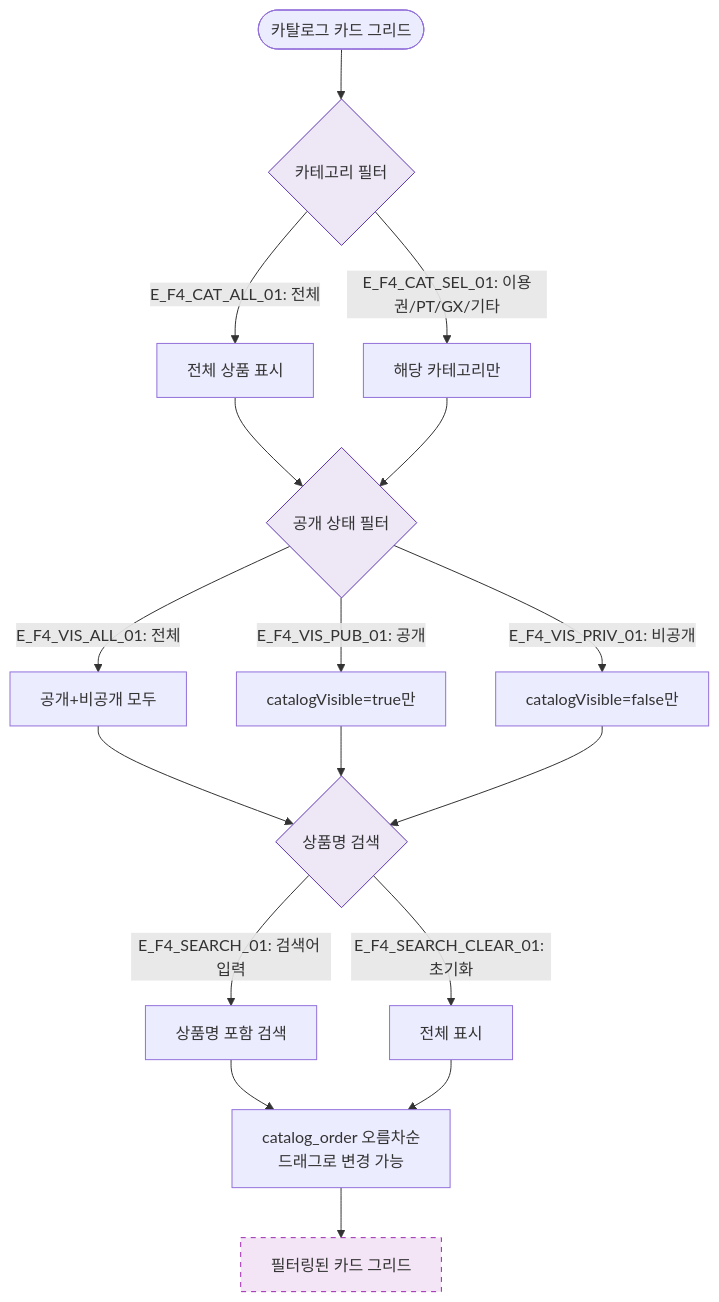
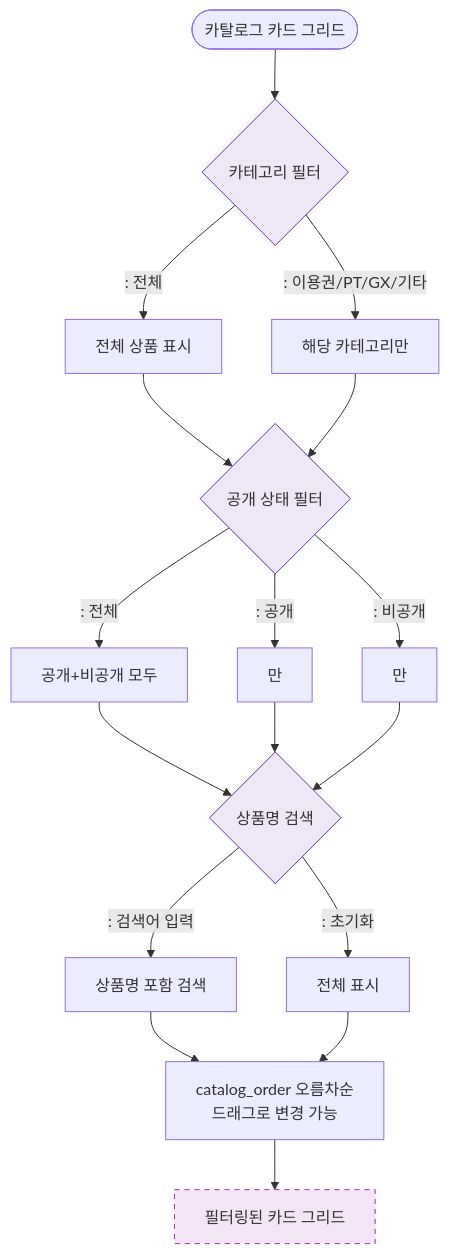
One commit to dev-spogym/admin-pando changed the diagram in docs/다이어그램/D05_상품관리/SCR-P005_상품카탈로그/F4_필터검색정렬.md. Above: the diagram before and after it, drawn with Mermaid. The commit also changed other lines of this file and 1660 other files, not shown here.

First line of the commit message:
다이어그램: 기획자/클라이언트 납품본으로 정리

````diff
--- a/docs/다이어그램/D05_상품관리/SCR-P005_상품카탈로그/F4_필터검색정렬.md
+++ b/docs/다이어그램/D05_상품관리/SCR-P005_상품카탈로그/F4_필터검색정렬.md
@@ -16,23 +14,23 @@
 ```mermaid
 flowchart TD
     START([카탈로그 카드 그리드]) --> CatFilter{카테고리 필터}
-    CatFilter -->|"E_F4_CAT_ALL_01: 전체"| C1[전체 상품 표시]
-    CatFilter -->|"E_F4_CAT_SEL_01: 이용권/PT/GX/기타"| C2[해당 카테고리만]
+    CatFilter -->|": 전체"|C1[전체 상품 표시]
+    CatFilter -->|": 이용권/PT/GX/기타"|C2[해당 카테고리만]
 
     C1 & C2 --> VisFilter{공개 상태 필터}
-    VisFilter -->|"E_F4_VIS_ALL_01: 전체"| V1[공개+비공개 모두]
-    VisFilter -->|"E_F4_VIS_PUB_01: 공개"| V2[catalogVisible=true만]
-    VisFilter -->|"E_F4_VIS_PRIV_01: 비공개"| V3[catalogVisible=false만]
+    VisFilter -->|": 전체"|V1[공개+비공개 모두]
+    VisFilter -->|": 공개"|V2[만]
+    VisFilter -->|": 비공개"|V3[만]
 
     V1 & V2 & V3 --> Search{상품명 검색}
-    Search -->|"E_F4_SEARCH_01: 검색어 입력"| SearchResult[상품명 포함 검색]
-    Search -->|"E_F4_SEARCH_CLEAR_01: 초기화"| AllResult[전체 표시]
+    Search -->|": 검색어 입력"|SearchResult[상품명 포함 검색]
+    Search -->|": 초기화"|AllResult[전체 표시]
 
     SearchResult & AllResult --> SortOrder[catalog_order 오름차순\n드래그로 변경 가능]
     SortOrder --> Result[필터링된 카드 그리드]
 
     classDef screen fill:#F3E5F5,stroke:#9C27B0,stroke-dasharray:5 5
     classDef system fill:#EDE7F6,stroke:#5E35B2
     class Result screen
     class CatFilter,VisFilter,Search system
 ```
````
